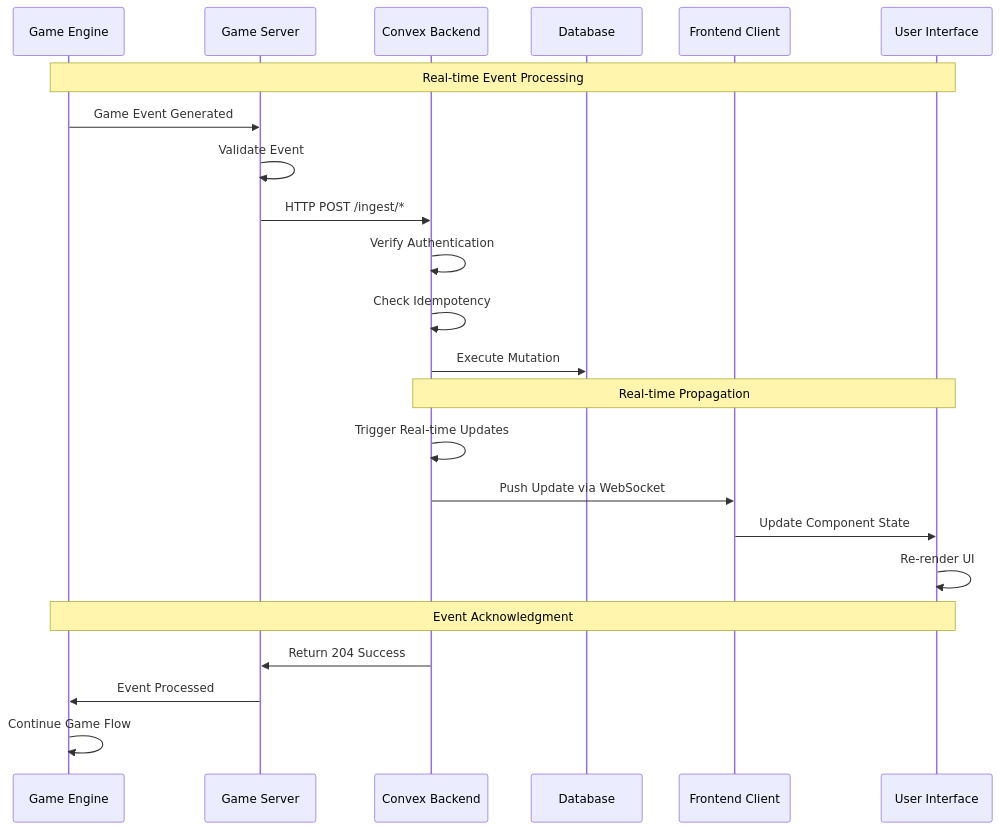
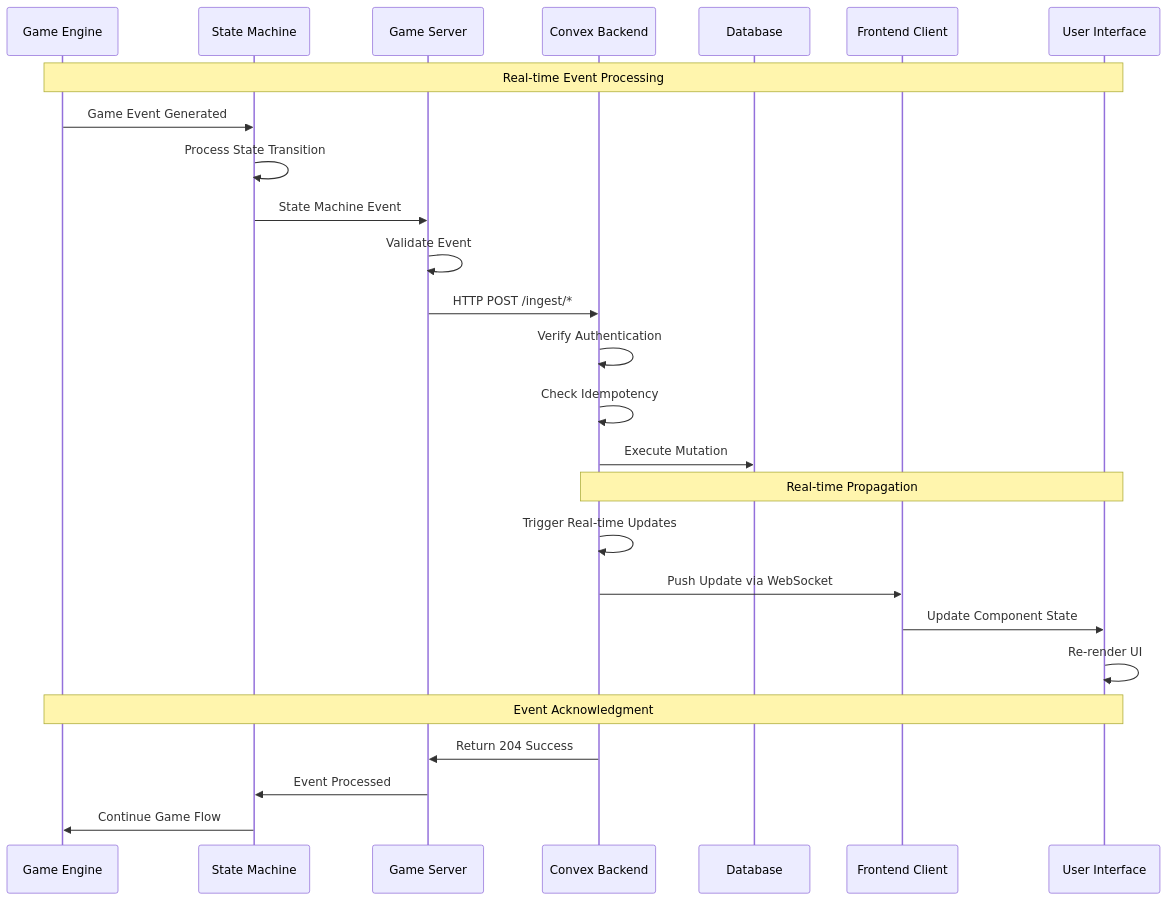
Before and after one commit to smallfatcat/montecarlo: the second of 9 diagrams in docs/convex-real-time-flow.md, drawn with Mermaid. The commit also changed other lines of this file and 7 other files, not shown here.

````diff
--- a/docs/convex-real-time-flow.md
+++ b/docs/convex-real-time-flow.md
@@ -61,31 +67,34 @@
 ```mermaid
 sequenceDiagram
     participant GE as Game Engine
+    participant SM as State Machine
     participant GS as Game Server
     participant CV as Convex Backend
     participant DB as Database
     participant FC as Frontend Client
     participant UI as User Interface
     
     Note over GE,UI: Real-time Event Processing
     
-    GE->>GS: Game Event Generated
+    GE->>SM: Game Event Generated
+    SM->>SM: Process State Transition
+    SM->>GS: State Machine Event
     GS->>GS: Validate Event
     GS->>CV: HTTP POST /ingest/*
     CV->>CV: Verify Authentication
     CV->>CV: Check Idempotency
     CV->>DB: Execute Mutation
     
     Note over CV,UI: Real-time Propagation
     
     CV->>CV: Trigger Real-time Updates
     CV->>FC: Push Update via WebSocket
     FC->>UI: Update Component State
     UI->>UI: Re-render UI
     
     Note over GE,UI: Event Acknowledgment
     
     CV->>GS: Return 204 Success
-    GS->>GE: Event Processed
-    GE->>GE: Continue Game Flow
+    GS->>SM: Event Processed
+    SM->>GE: Continue Game Flow
 ```
````
